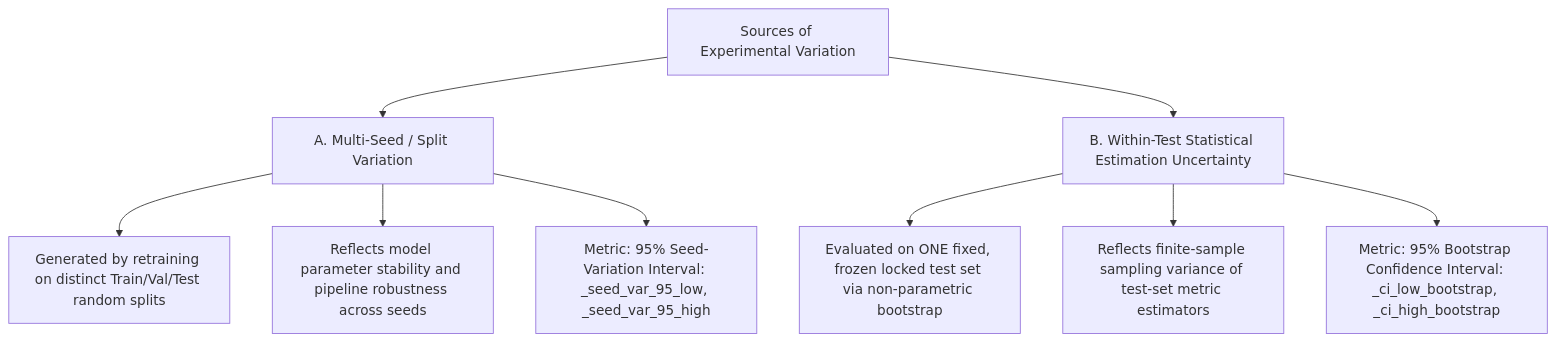
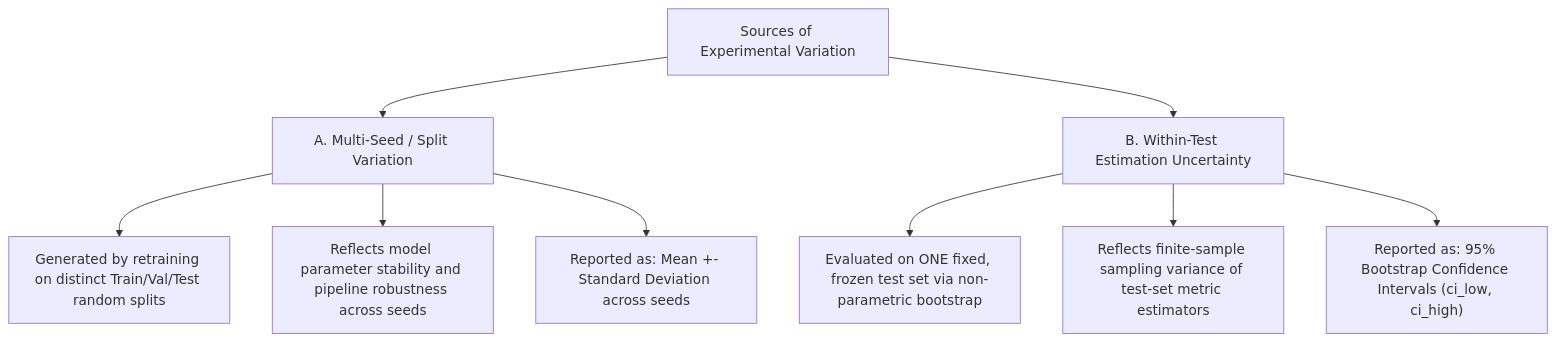
One commit to VaradaGovind/algorithmic-fairness-analysis changed the diagram in docs/INTERSECTIONAL_FAIRNESS.md. Above: the diagram before and after it, drawn with Mermaid. The commit also changed other lines of this file and 14 other files, not shown here.

````diff
--- a/docs/INTERSECTIONAL_FAIRNESS.md
+++ b/docs/INTERSECTIONAL_FAIRNESS.md
@@ -79,11 +59,11 @@
 ```mermaid
 graph TD
-    A[Sources of Experimental Variation] --> B[A. Multi-Seed / Split Variation]
-    A --> C[B. Within-Test Statistical Estimation Uncertainty]
-    B --> B1[Generated by retraining on distinct Train/Val/Test random splits]
-    B --> B2[Reflects model parameter stability and pipeline robustness across seeds]
-    B --> B3[Metric: 95% Seed-Variation Interval: _seed_var_95_low, _seed_var_95_high]
-    C --> C1[Evaluated on ONE fixed, frozen locked test set via non-parametric bootstrap]
-    C --> C2[Reflects finite-sample sampling variance of test-set metric estimators]
-    C --> C3[Metric: 95% Bootstrap Confidence Interval: _ci_low_bootstrap, _ci_high_bootstrap]
+    A["Sources of Experimental Variation"] --> B["A. Multi-Seed / Split Variation"]
+    A --> C["B. Within-Test Estimation Uncertainty"]
+    B --> B1["Generated by retraining on distinct Train/Val/Test random splits"]
+    B --> B2["Reflects model parameter stability and pipeline robustness across seeds"]
+    B --> B3["Reported as: Mean +- Standard Deviation across seeds"]
+    C --> C1["Evaluated on ONE fixed, frozen test set via non-parametric bootstrap"]
+    C --> C2["Reflects finite-sample sampling variance of test-set metric estimators"]
+    C --> C3["Reported as: 95% Bootstrap Confidence Intervals (ci_low, ci_high)"]
 ```
````
